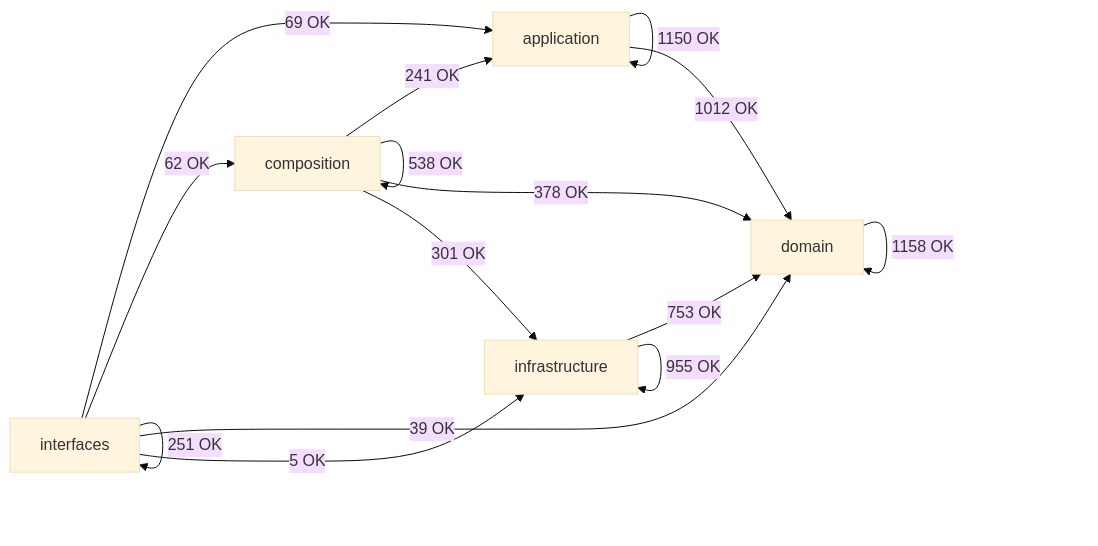
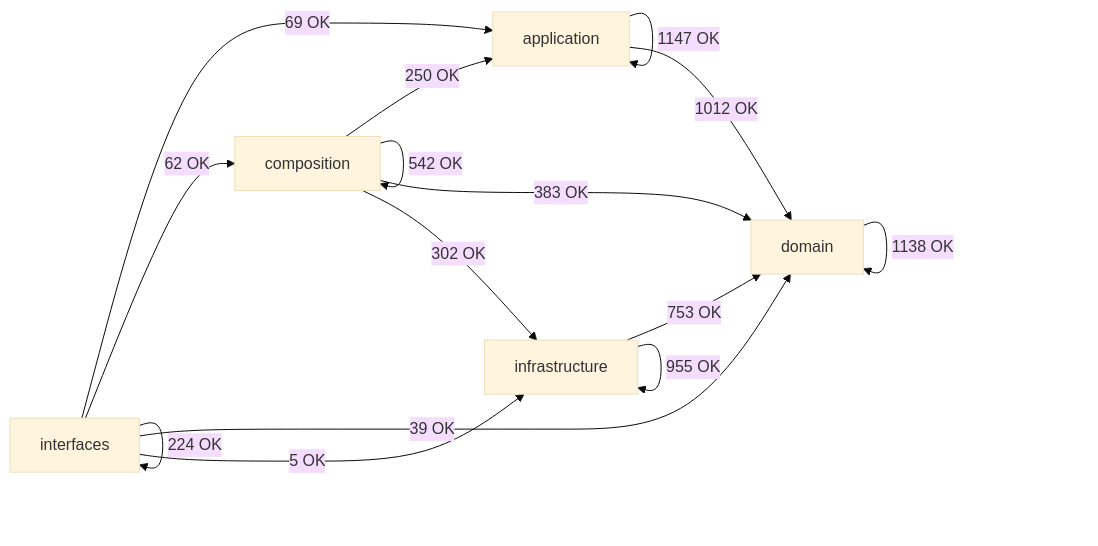
The diagram in docs/02-architecture/generated/module-dependency-map.md (SatoryKono/BioactivityDataAcquisition), drawn with Mermaid (base theme) before and after one commit. The commit also changed other lines of this file and 15 other files, not shown here.

````diff
--- a/docs/02-architecture/generated/module-dependency-map.md
+++ b/docs/02-architecture/generated/module-dependency-map.md
@@ -17,22 +17,22 @@
 ```mermaid
 flowchart LR
     domain[domain]
     application[application]
     infrastructure[infrastructure]
     composition[composition]
     interfaces[interfaces]
-    application -->|1150 OK| application
+    application -->|1147 OK| application
     application -->|1012 OK| domain
-    composition -->|241 OK| application
-    composition -->|538 OK| composition
-    composition -->|378 OK| domain
-    composition -->|301 OK| infrastructure
-    domain -->|1158 OK| domain
+    composition -->|250 OK| application
+    composition -->|542 OK| composition
+    composition -->|383 OK| domain
+    composition -->|302 OK| infrastructure
+    domain -->|1138 OK| domain
     infrastructure -->|753 OK| domain
     infrastructure -->|955 OK| infrastructure
     interfaces -->|69 OK| application
     interfaces -->|62 OK| composition
     interfaces -->|39 OK| domain
     interfaces -->|5 OK| infrastructure
-    interfaces -->|251 OK| interfaces
+    interfaces -->|224 OK| interfaces
 ```
````
